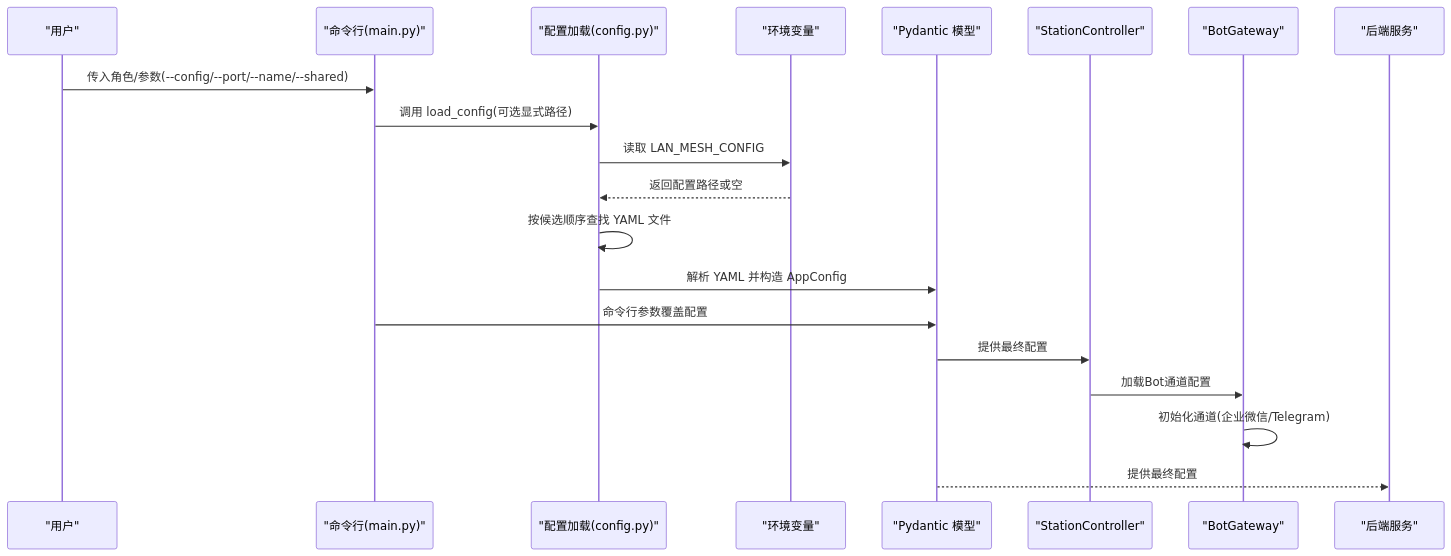
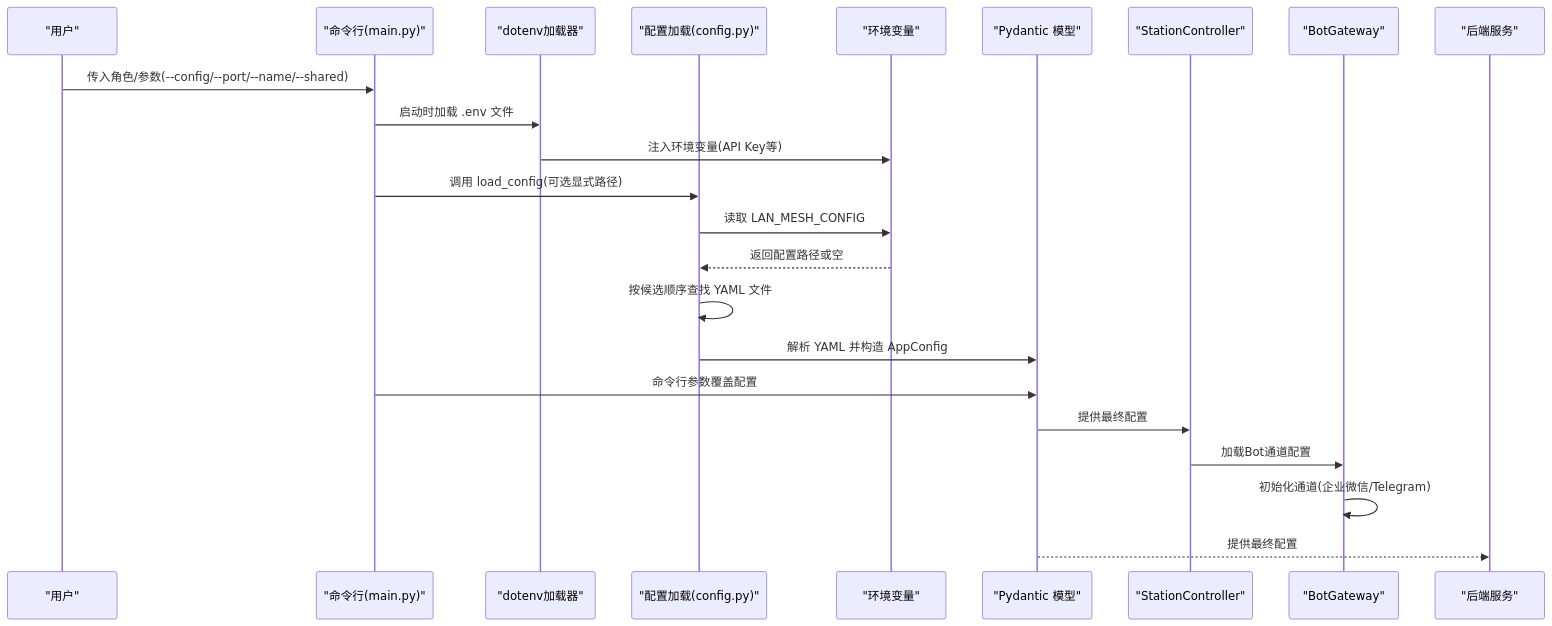
One commit to targalian/Personal-distributed-workstation changed the second of 3 diagrams in .qoder/repowiki/zh/content/配置管理系统.md. Above: the diagram before and after it, drawn with Mermaid. The commit also changed other lines of this file and 145 other files, not shown here.

````diff
--- a/.qoder/repowiki/zh/content/配置管理系统.md
+++ b/.qoder/repowiki/zh/content/配置管理系统.md
@@ -133,22 +140,25 @@
 ```mermaid
 sequenceDiagram
 participant User as "用户"
 participant CLI as "命令行(main.py)"
+participant DotEnv as "dotenv加载器"
 participant Loader as "配置加载(config.py)"
 participant Env as "环境变量"
 participant Model as "Pydantic 模型"
 participant Controller as "StationController"
 participant Bot as "BotGateway"
 participant Runtime as "后端服务"
 User->>CLI : 传入角色/参数(--config/--port/--name/--shared)
+CLI->>DotEnv : 启动时加载 .env 文件
+DotEnv->>Env : 注入环境变量(API Key等)
 CLI->>Loader : 调用 load_config(可选显式路径)
 Loader->>Env : 读取 LAN_MESH_CONFIG
 Env-->>Loader : 返回配置路径或空
 Loader->>Loader : 按候选顺序查找 YAML 文件
 Loader->>Model : 解析 YAML 并构造 AppConfig
 CLI->>Model : 命令行参数覆盖配置
 Model->>Controller : 提供最终配置
 Controller->>Bot : 加载Bot通道配置
 Bot->>Bot : 初始化通道(企业微信/Telegram)
 Model-->>Runtime : 提供最终配置
 ```
````
